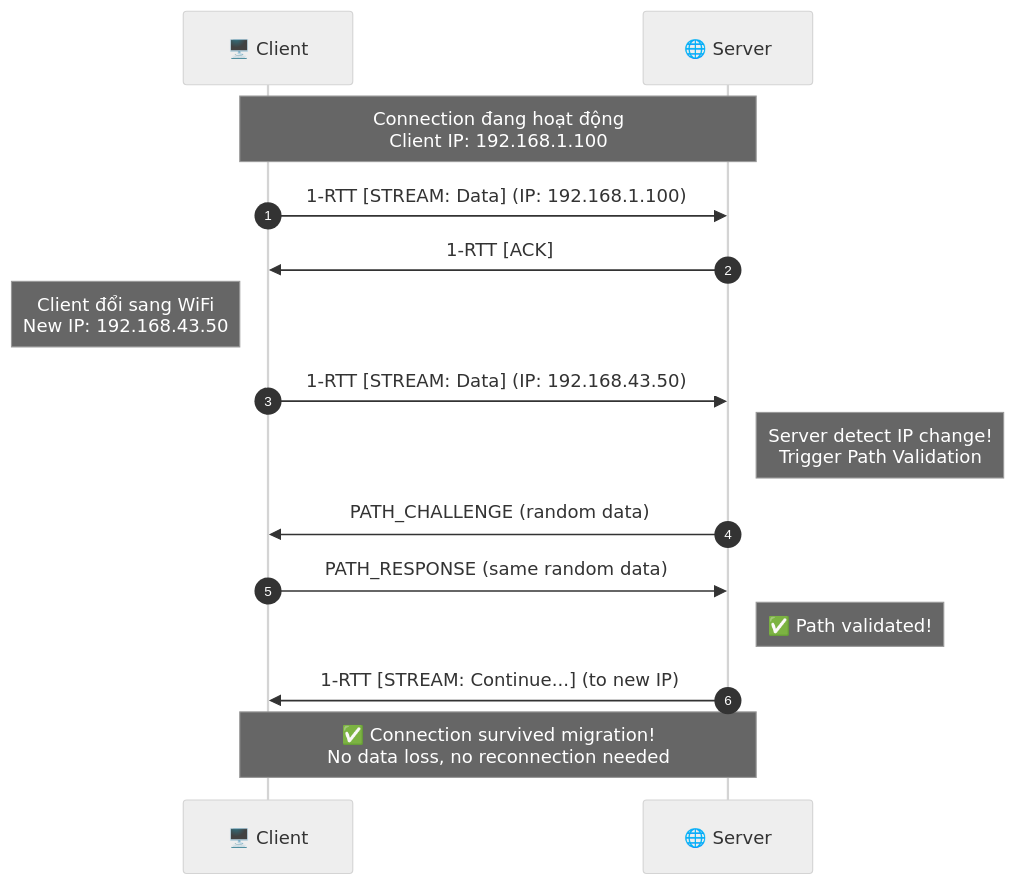
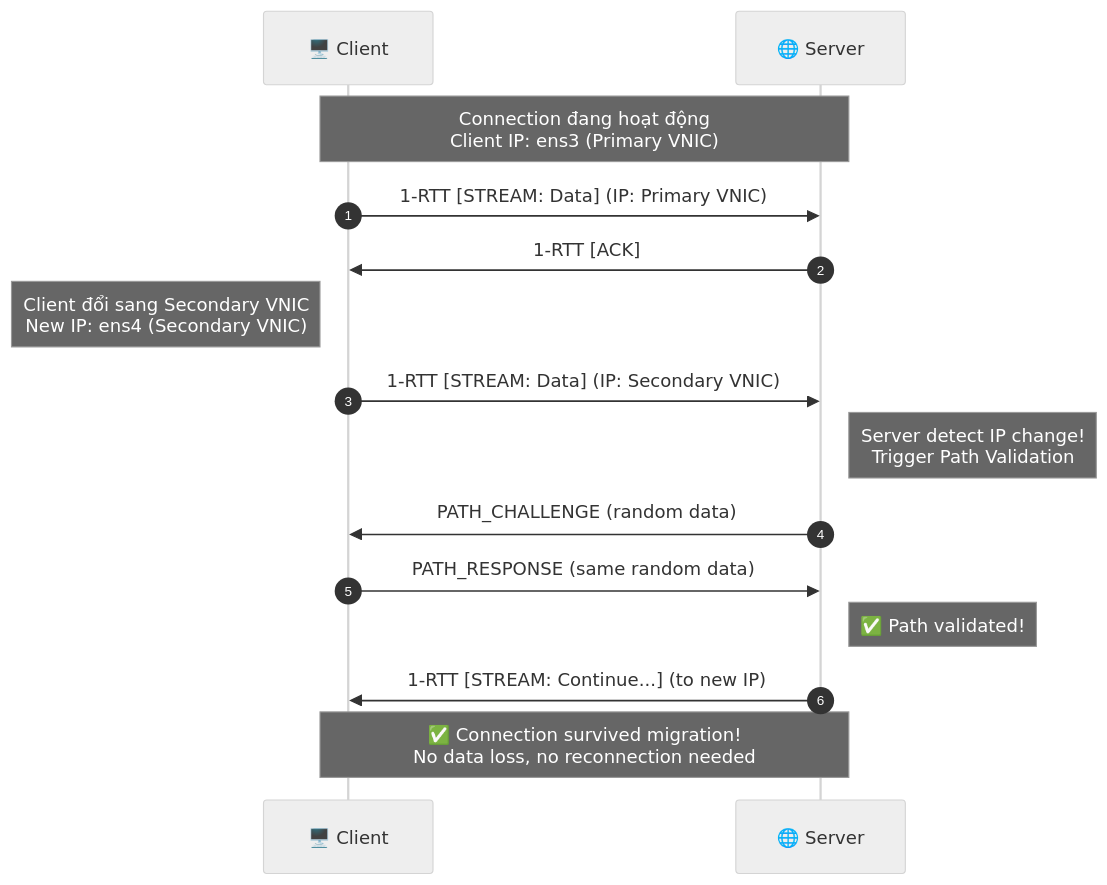
One commit to hoangphuc6716/NT531.Q21-QUIC changed diagram 11 of 15 in README.md. Above: the diagram before and after it, drawn with Mermaid (neutral theme). The commit also changed other lines of this file, not shown here.

Commit message:
Update remaining references: work allocation, charts, mermaid diagrams for cloud end-to-end

````diff
--- a/README.md
+++ b/README.md
@@ -2426,26 +2426,26 @@
 ```mermaid
 sequenceDiagram
     autonumber
     participant C as 🖥️ Client
     participant S as 🌐 Server
     
-    Note over C,S: Connection đang hoạt động<br/>Client IP: 192.168.1.100
+    Note over C,S: Connection đang hoạt động<br/>Client IP: ens3 (Primary VNIC)
     
-    C->>S: 1-RTT [STREAM: Data] (IP: 192.168.1.100)
+    C->>S: 1-RTT [STREAM: Data] (IP: Primary VNIC)
     S->>C: 1-RTT [ACK]
     
-    Note left of C: Client đổi sang WiFi<br/>New IP: 192.168.43.50
+    Note left of C: Client đổi sang Secondary VNIC<br/>New IP: ens4 (Secondary VNIC)
     
-    C->>S: 1-RTT [STREAM: Data] (IP: 192.168.43.50)
+    C->>S: 1-RTT [STREAM: Data] (IP: Secondary VNIC)
     
     Note right of S: Server detect IP change!<br/>Trigger Path Validation
     
     S->>C: PATH_CHALLENGE (random data)
     C->>S: PATH_RESPONSE (same random data)
     
     Note right of S: ✅ Path validated!
     
     S->>C: 1-RTT [STREAM: Continue...] (to new IP)
     
     Note over C,S: ✅ Connection survived migration!<br/>No data loss, no reconnection needed
 ```
````
